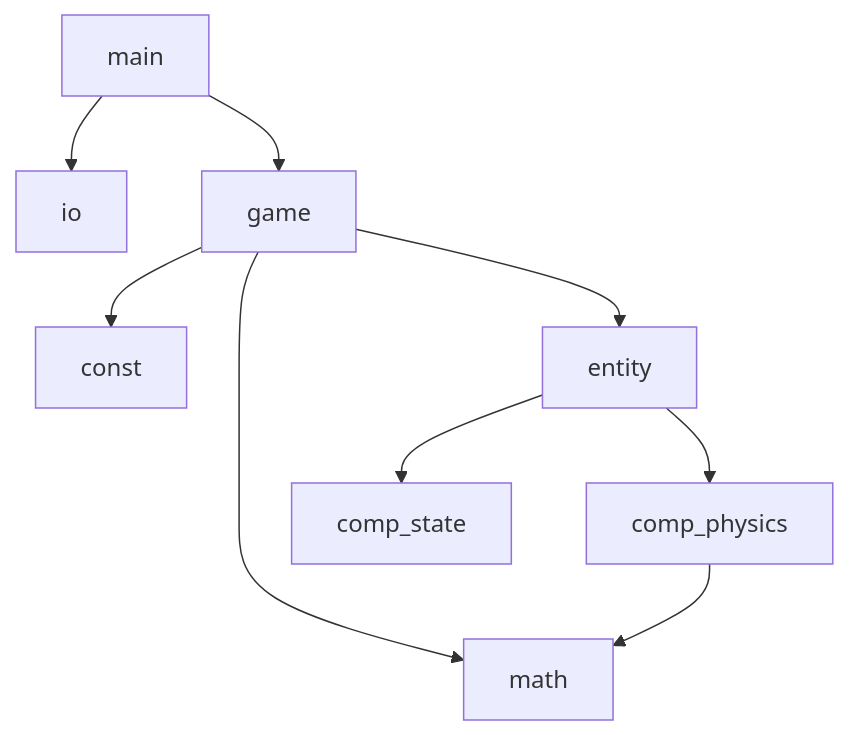
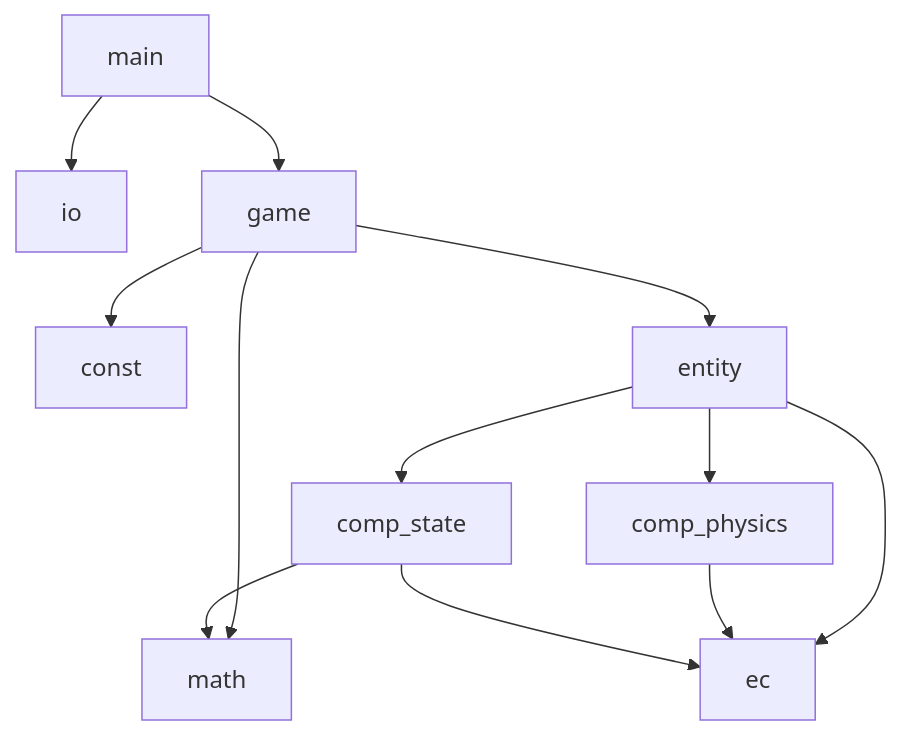
One commit to dtldyg/physics-sync-demo changed the third of 4 diagrams in README.md. Above: the diagram before and after it, drawn with Mermaid. The commit also changed other lines of this file and 19 other files, not shown here.

````diff
--- a/README.md
+++ b/README.md
@@ -92,14 +88,18 @@
 ```mermaid
 graph TD
      main --> io
      main --> game
 
      game --> const
      game --> math
      game --> entity
 
+     entity --> ec
      entity --> comp_physics
      entity --> comp_state
 
-     comp_physics --> math
+     comp_physics --> ec
+
+     comp_state --> ec
+     comp_state --> math
 ```
````
